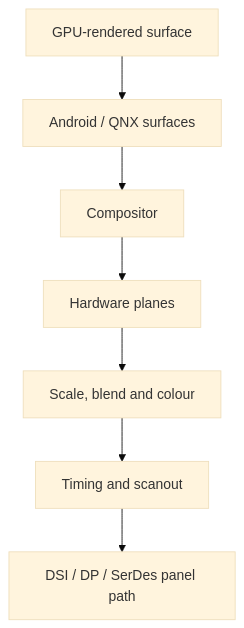
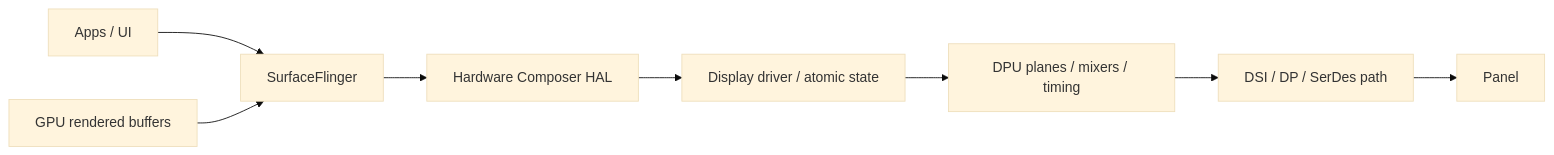
One commit to abhishekkumardwivedi/abhishekkumardwivedi.github.io changed the diagram in src/content/docs/articles/qualcomm-display-dpu.md. Above: the diagram before and after it, drawn with Mermaid (base theme). The commit also changed other lines of this file and 7 other files, not shown here.

````diff
--- a/src/content/docs/articles/qualcomm-display-dpu.md
+++ b/src/content/docs/articles/qualcomm-display-dpu.md
@@ -10,9 +16,10 @@
 ```mermaid
-flowchart TD
-    A["Android / QNX surfaces"] --> B["Compositor"]
-    B --> C["Hardware planes"]
-    C --> D["Scale, blend and colour"]
-    D --> E["Timing and scanout"]
-    E --> F["DSI / DP / SerDes panel path"]
-    G["GPU-rendered surface"] --> A
+flowchart LR
+    APP["Apps / UI"] --> SF["SurfaceFlinger"]
+    GPU["GPU rendered buffers"] --> SF
+    SF --> HWC["Hardware Composer HAL"]
+    HWC --> DRM["Display driver / atomic state"]
+    DRM --> DPU["DPU planes / mixers / timing"]
+    DPU --> PHY["DSI / DP / SerDes path"]
+    PHY --> PANEL["Panel"]
 ```
````
